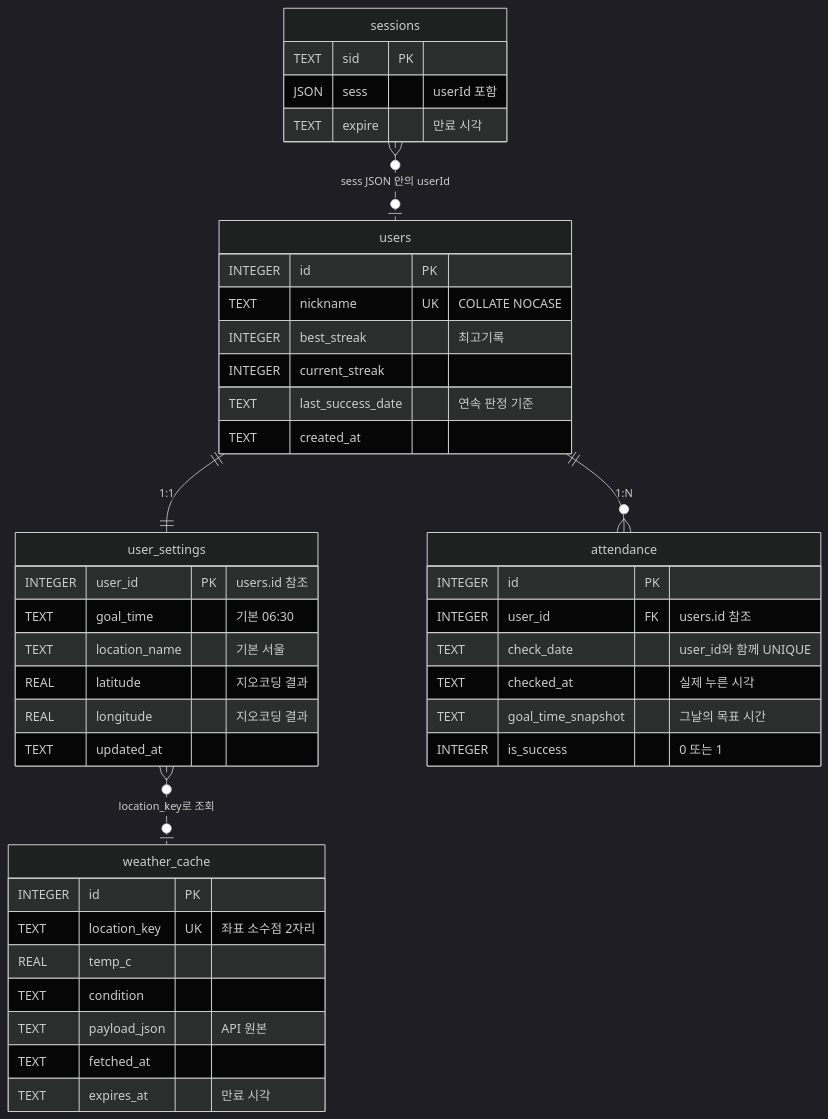
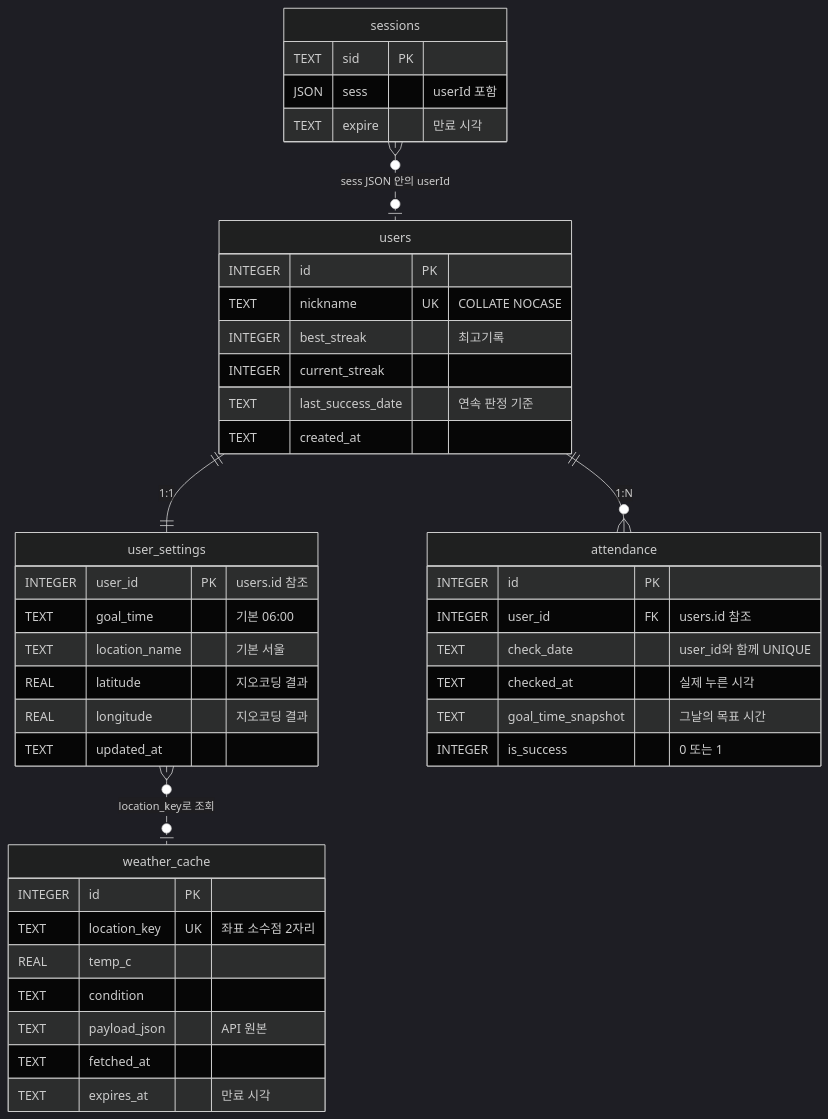
Before and after one commit to hojitea-ui/backend_homework: the diagram in README.md, drawn with Mermaid (dark theme). The commit also changed other lines of this file and 6 other files, not shown here.

````diff
--- a/README.md
+++ b/README.md
@@ -57,46 +57,46 @@
 ```mermaid
 erDiagram
     sessions }o..o| users : "sess JSON 안의 userId"
     users ||--|| user_settings : "1:1"
     users ||--o{ attendance : "1:N"
     user_settings }o..o| weather_cache : "location_key로 조회"
 
     sessions {
         TEXT sid PK
         JSON sess "userId 포함"
         TEXT expire "만료 시각"
     }
     users {
         INTEGER id PK
         TEXT nickname UK "COLLATE NOCASE"
         INTEGER best_streak "최고기록"
         INTEGER current_streak
         TEXT last_success_date "연속 판정 기준"
         TEXT created_at
     }
     user_settings {
         INTEGER user_id PK "users.id 참조"
-        TEXT goal_time "기본 06:30"
+        TEXT goal_time "기본 06:00"
         TEXT location_name "기본 서울"
         REAL latitude "지오코딩 결과"
         REAL longitude "지오코딩 결과"
         TEXT updated_at
     }
     attendance {
         INTEGER id PK
         INTEGER user_id FK "users.id 참조"
         TEXT check_date "user_id와 함께 UNIQUE"
         TEXT checked_at "실제 누른 시각"
         TEXT goal_time_snapshot "그날의 목표 시간"
         INTEGER is_success "0 또는 1"
     }
     weather_cache {
         INTEGER id PK
         TEXT location_key UK "좌표 소수점 2자리"
         REAL temp_c
         TEXT condition
         TEXT payload_json "API 원본"
         TEXT fetched_at
         TEXT expires_at "만료 시각"
     }
 ```
````
